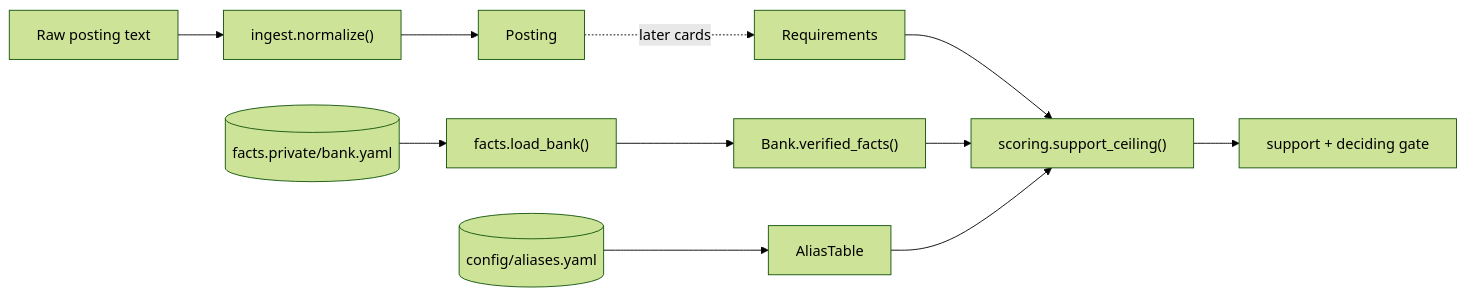
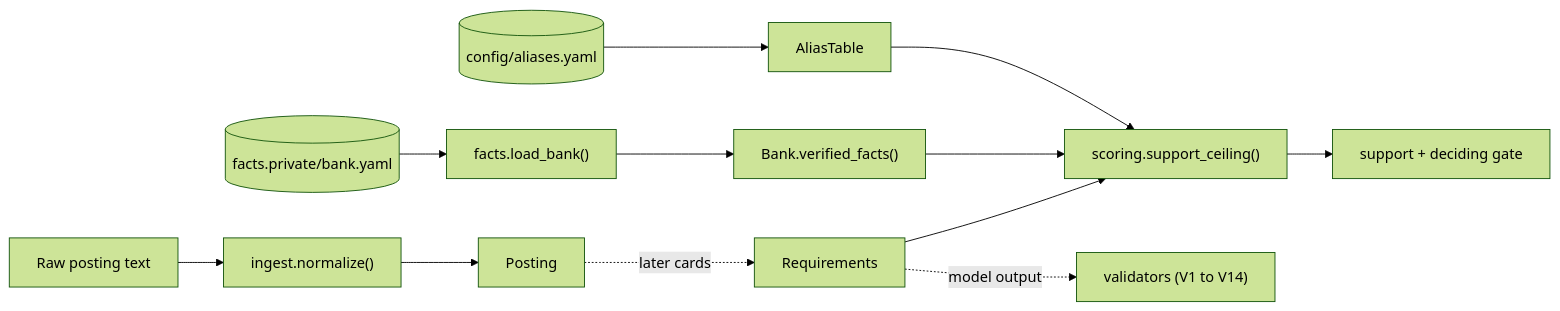
One commit to jpalicke/cypress-creek-job-board changed the diagram in docs/codebase.md. Above: the diagram before and after it, drawn with Mermaid (forest theme). The commit also changed other lines of this file and 11 other files, not shown here.

````diff
--- a/docs/codebase.md
+++ b/docs/codebase.md
@@ -44,13 +49,14 @@
 ```mermaid
 flowchart LR
     raw[Raw posting text] --> norm["ingest.normalize()"]
     norm --> posting[Posting]
     posting -. later cards .-> reqs[Requirements]
     bank[(facts.private/bank.yaml)] --> load["facts.load_bank()"]
     load --> verified["Bank.verified_facts()"]
     aliases[(config/aliases.yaml)] --> table[AliasTable]
     reqs --> gate["scoring.support_ceiling()"]
     verified --> gate
     table --> gate
     gate --> ceiling["support + deciding gate"]
+    reqs -. model output .-> val["validators (V1 to V14)"]
 ```
````
